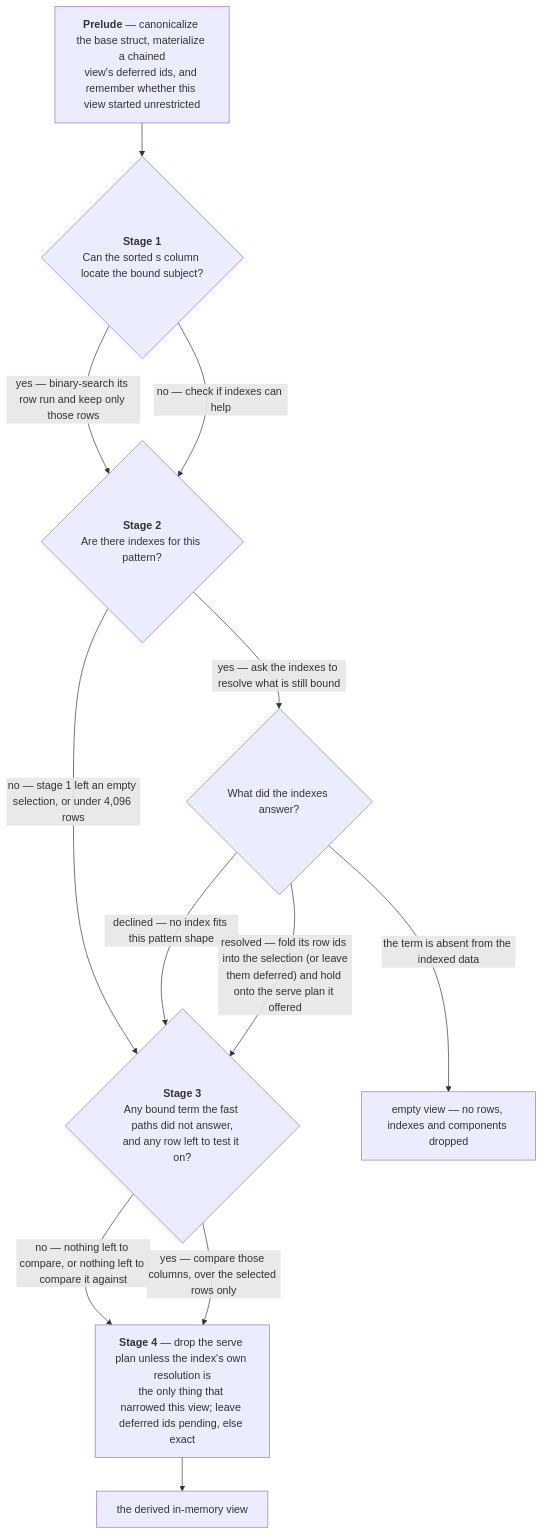
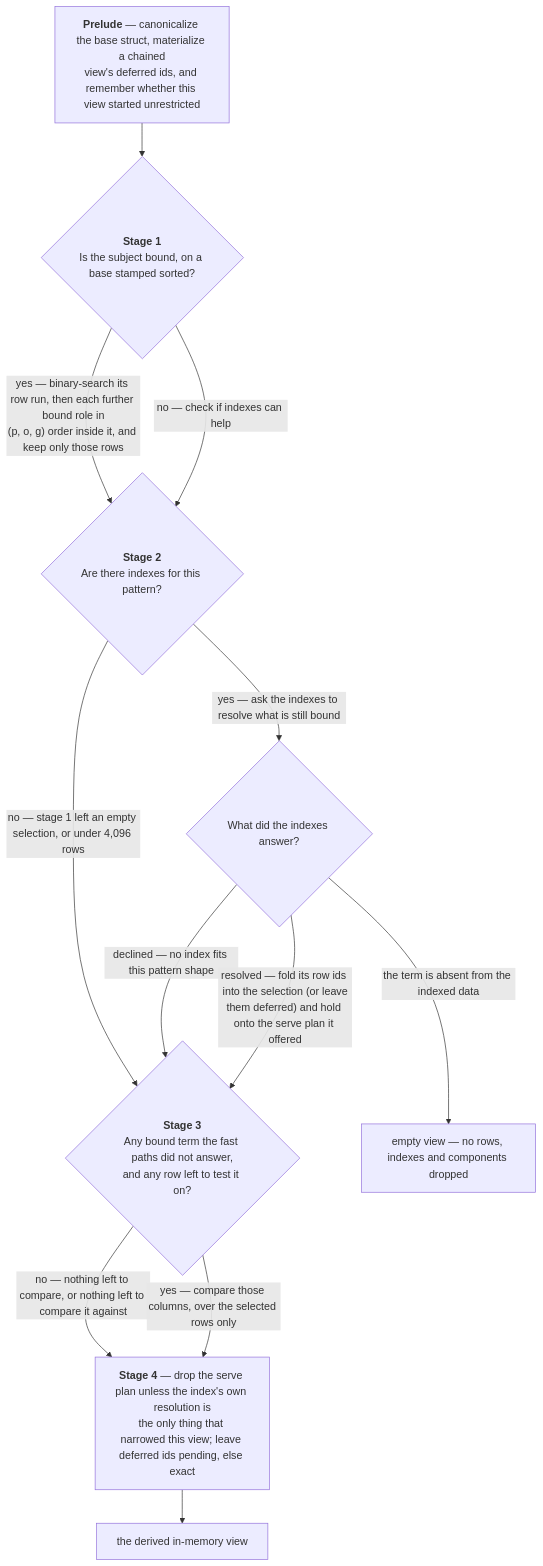
Before and after one commit to julianrojas87/vortex-rdf: the third of 5 diagrams in docs/matching.md, drawn with Mermaid. The commit also changed other lines of this file, not shown here.

First line of the commit message:
docs(matching): give the file path the same stage-level diagram

````diff
--- a/docs/matching.md
+++ b/docs/matching.md
@@ -158,25 +158,25 @@
 ```mermaid
 flowchart TD
     S0["<b>Prelude</b> — canonicalize the base struct, materialize a chained<br/>view's deferred ids, and remember whether this view started unrestricted"] --> S1
 
-    S1{"<b>Stage 1</b><br/>Can the sorted s column locate the bound subject?"}
-    S1 -- "yes — binary-search its row run and keep only those rows" --> S2
+    S1{"<b>Stage 1</b><br/>Is the subject bound, on a base stamped sorted?"}
+    S1 -- "yes — binary-search its row run, then each further bound role in<br/>(p, o, g) order inside it, and keep only those rows" --> S2
     S1 -- "no — check if indexes can help" --> S2
 
     S2{"<b>Stage 2</b><br/>Are there indexes for this pattern?<br/>"}
     S2 -- "no — stage 1 left an empty selection, or under 4,096 rows" --> S3
     S2 -- "yes — ask the indexes to resolve what is still bound" --> S2r
 
     S2r{"What did the indexes answer?"}
     S2r -- "the term is absent from the indexed data" --> X
     S2r -- "declined — no index fits this pattern shape" --> S3
     S2r -- "resolved — fold its row ids into the selection (or leave<br/>them deferred) and hold onto the serve plan it offered" --> S3
 
     S3{"<b>Stage 3</b><br/>Any bound term the fast paths did not answer,<br/>and any row left to test it on?"}
     S3 -- "no — nothing left to compare, or nothing left to compare it against" --> S4
     S3 -- "yes — compare those columns, over the selected rows only" --> S4
 
     S4["<b>Stage 4</b> — drop the serve plan unless the index's own resolution is<br/>the only thing that narrowed this view; leave deferred ids pending, else exact"] --> S5["the derived in-memory view"]
 
     X["empty view — no rows, indexes and components dropped"]
 ```
````
